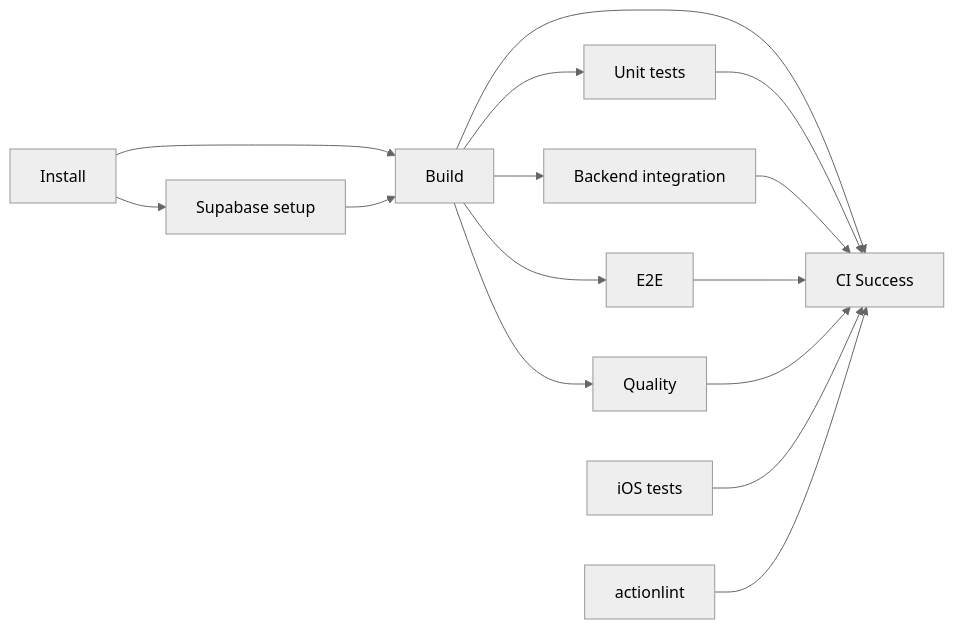
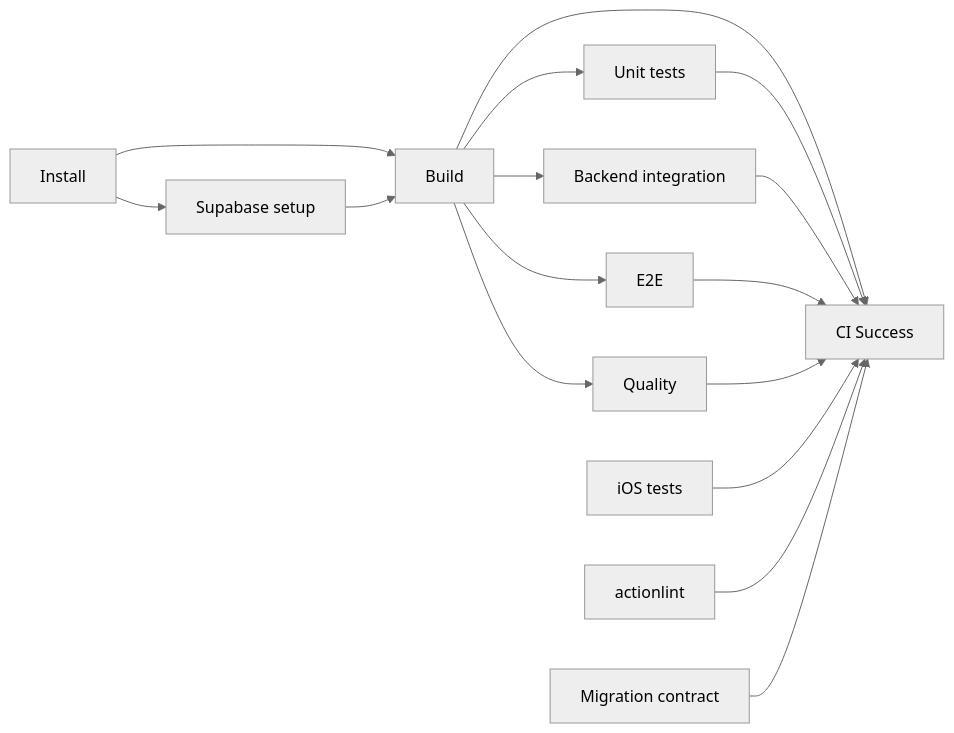
Before and after one commit to neogenz/pulpe: the first of 2 diagrams in docs/CI.md, drawn with Mermaid (neutral theme). The commit also changed other lines of this file and 7 other files, not shown here.

````diff
--- a/docs/CI.md
+++ b/docs/CI.md
@@ -12,17 +12,18 @@
 ```mermaid
 flowchart LR
     Install[Install] --> Supabase[Supabase setup]
     Install --> Build[Build]
     Supabase --> Build
     Build --> Unit[Unit tests]
     Build --> Integration[Backend integration]
     Build --> E2E[E2E]
     Build --> Quality[Quality]
     Build --> Success[CI Success]
     Unit --> Success[CI Success]
     Integration --> Success
     E2E --> Success
     Quality --> Success
     IOS[iOS tests] --> Success
     Actionlint[actionlint] --> Success
+    Migration[Migration contract] --> Success
 ```
````
